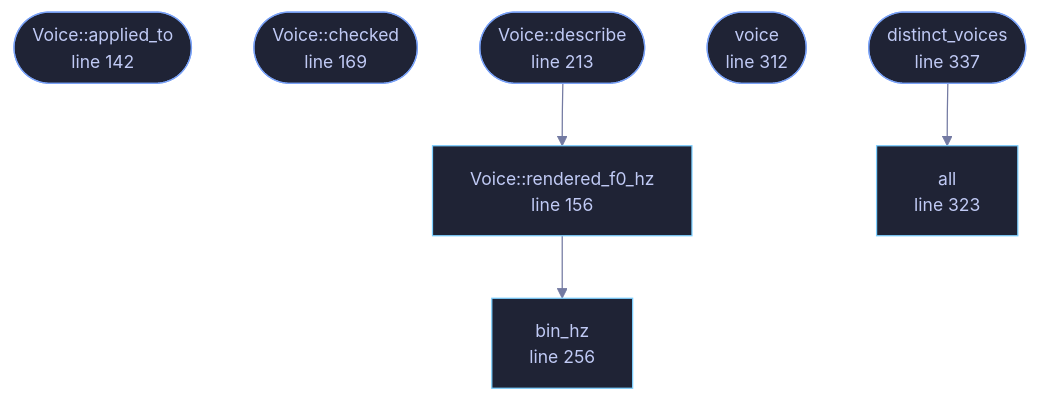
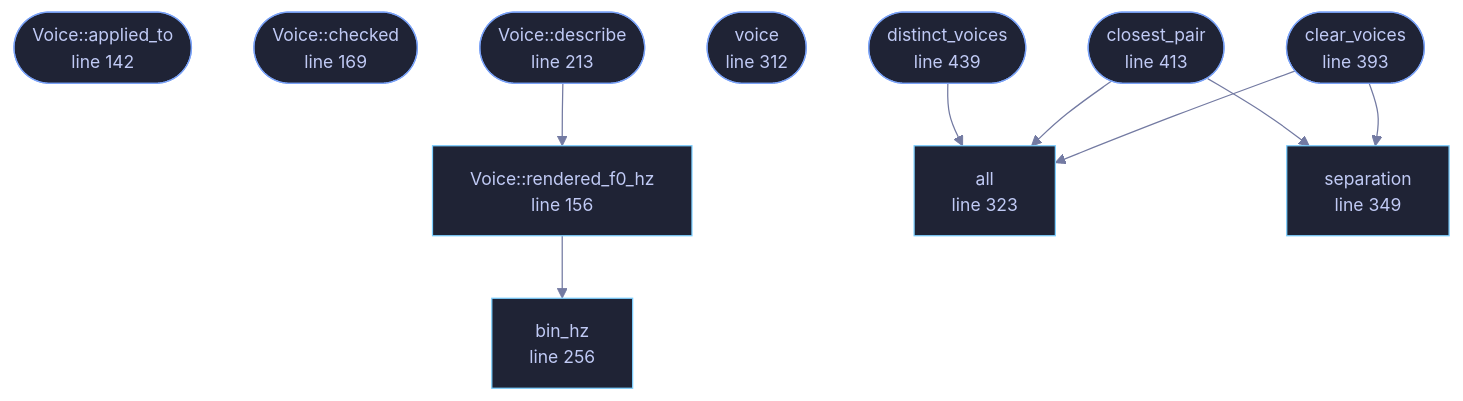
Before and after one commit to tilas01/veilvoice: the diagram in wiki/File-veilvoice-core-voices.md, drawn with Mermaid. The commit also changed other lines of this file and 68 other files, not shown here.

First line of the commit message:
voices: eight are separable, not ten, and one voice for everybody

````diff
--- a/wiki/File-veilvoice-core-voices.md
+++ b/wiki/File-veilvoice-core-voices.md
@@ -155,27 +159,37 @@
 ```mermaid
 %%{init: {"theme":"base","themeVariables":{"background":"#1a1b26","primaryColor":"#1f2335","primaryTextColor":"#c0caf5","primaryBorderColor":"#7aa2f7","secondaryColor":"#16161e","tertiaryColor":"#16161e","lineColor":"#737aa2","textColor":"#c0caf5","mainBkg":"#1f2335","nodeBorder":"#7aa2f7","clusterBkg":"#16161e","clusterBorder":"#2f3549","fontFamily":"ui-monospace, SFMono-Regular, Consolas, monospace","fontSize":"14px"}}}%%
 flowchart TD
     n_applied_to(["Voice::applied_to<br/>line 142"])
     n_rendered_f0_hz["Voice::rendered_f0_hz<br/>line 156"]
     n_checked(["Voice::checked<br/>line 169"])
     n_describe(["Voice::describe<br/>line 213"])
     n_bin_hz["bin_hz<br/>line 256"]
     n_voice(["voice<br/>line 312"])
     n_all["all<br/>line 323"]
-    n_distinct_voices(["distinct_voices<br/>line 337"])
+    n_separation["separation<br/>line 349"]
+    n_clear_voices(["clear_voices<br/>line 393"])
+    n_closest_pair(["closest_pair<br/>line 413"])
+    n_distinct_voices(["distinct_voices<br/>line 439"])
+    n_clear_voices --> n_all
+    n_clear_voices --> n_separation
+    n_closest_pair --> n_all
+    n_closest_pair --> n_separation
     n_describe --> n_rendered_f0_hz
     n_distinct_voices --> n_all
     n_rendered_f0_hz --> n_bin_hz
     click n_applied_to href "https://github.com/tilas01/veilvoice/blob/main/crates/veilvoice-core/src/voices.rs#L142" "open the source"
     click n_rendered_f0_hz href "https://github.com/tilas01/veilvoice/blob/main/crates/veilvoice-core/src/voices.rs#L156" "open the source"
     click n_checked href "https://github.com/tilas01/veilvoice/blob/main/crates/veilvoice-core/src/voices.rs#L169" "open the source"
     click n_describe href "https://github.com/tilas01/veilvoice/blob/main/crates/veilvoice-core/src/voices.rs#L213" "open the source"
     click n_bin_hz href "https://github.com/tilas01/veilvoice/blob/main/crates/veilvoice-core/src/voices.rs#L256" "open the source"
     click n_voice href "https://github.com/tilas01/veilvoice/blob/main/crates/veilvoice-core/src/voices.rs#L312" "open the source"
     click n_all href "https://github.com/tilas01/veilvoice/blob/main/crates/veilvoice-core/src/voices.rs#L323" "open the source"
-    click n_distinct_voices href "https://github.com/tilas01/veilvoice/blob/main/crates/veilvoice-core/src/voices.rs#L337" "open the source"
+    click n_separation href "https://github.com/tilas01/veilvoice/blob/main/crates/veilvoice-core/src/voices.rs#L349" "open the source"
+    click n_clear_voices href "https://github.com/tilas01/veilvoice/blob/main/crates/veilvoice-core/src/voices.rs#L393" "open the source"
+    click n_closest_pair href "https://github.com/tilas01/veilvoice/blob/main/crates/veilvoice-core/src/voices.rs#L413" "open the source"
+    click n_distinct_voices href "https://github.com/tilas01/veilvoice/blob/main/crates/veilvoice-core/src/voices.rs#L439" "open the source"
     classDef entry fill:#1f2335,stroke:#7aa2f7,color:#c0caf5
-    class n_applied_to,n_checked,n_describe,n_voice,n_distinct_voices entry
+    class n_applied_to,n_checked,n_describe,n_voice,n_clear_voices,n_closest_pair,n_distinct_voices entry
     classDef api fill:#1f2335,stroke:#7dcfff,color:#c0caf5
-    class n_rendered_f0_hz,n_bin_hz,n_all api
+    class n_rendered_f0_hz,n_bin_hz,n_all,n_separation api
 ```
````
